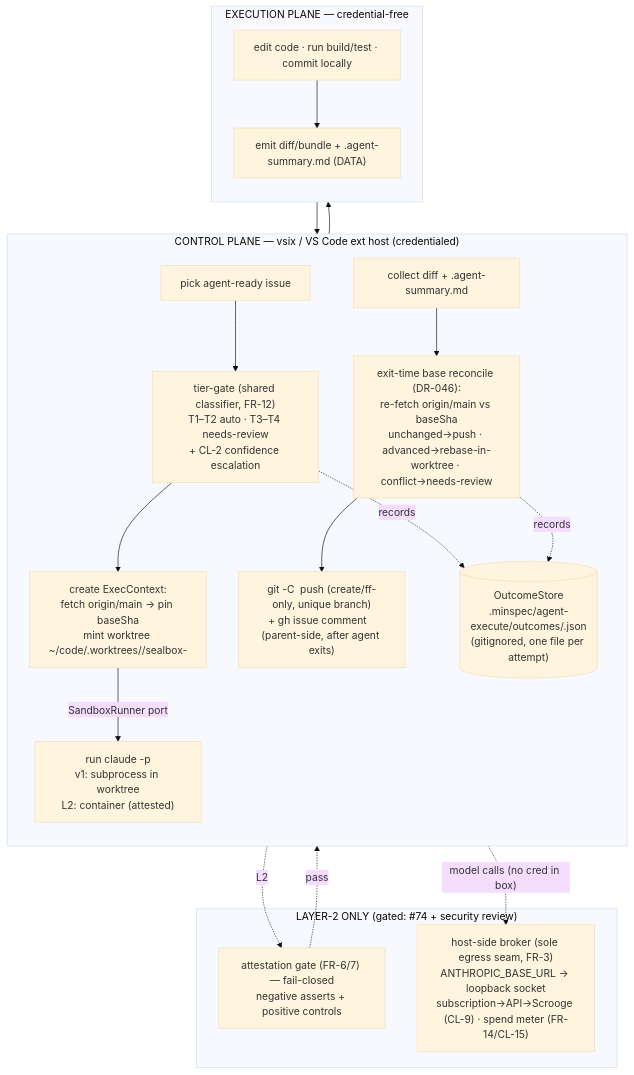
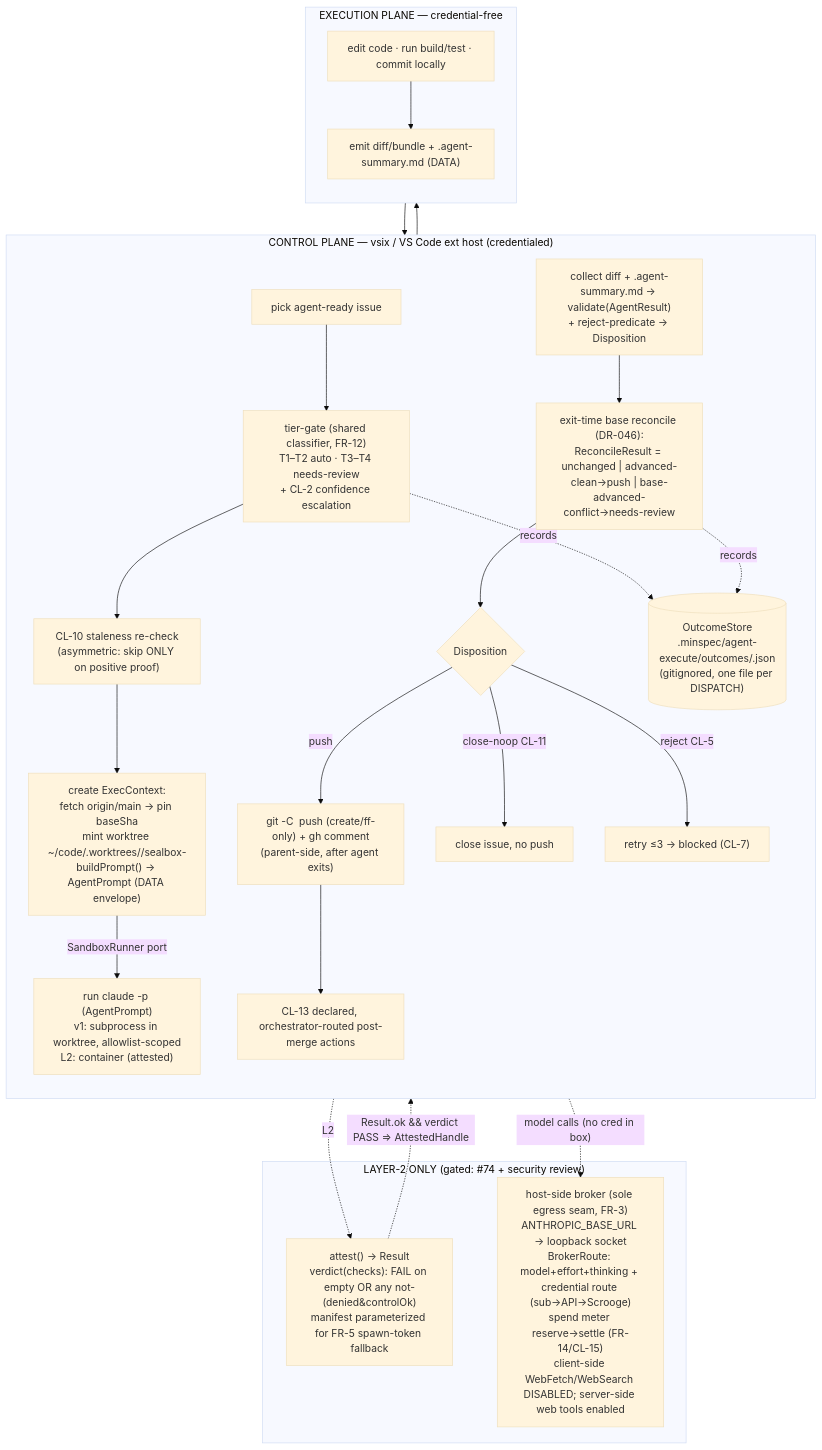
The diagram in specs/agent-execute/SPEC-019-execution-substrate/design.md (harvest316/minspec), drawn with Mermaid (base theme) before and after one commit. The commit also changed other lines of this file, not shown here.

First line of the commit message:
docs(SPEC-019): revise design.md per 3-lens adversarial AI review

````diff
--- a/specs/agent-execute/SPEC-019-execution-substrate/design.md
+++ b/specs/agent-execute/SPEC-019-execution-substrate/design.md
@@ -74,30 +84,35 @@
 ```mermaid
 flowchart TB
   subgraph CP["CONTROL PLANE — vsix / VS Code ext host (credentialed)"]
     direction TB
     PICK["pick agent-ready issue"] --> GATE["tier-gate (shared classifier, FR-12)\nT1–T2 auto · T3–T4 needs-review\n+ CL-2 confidence escalation"]
-    GATE --> CREATE["create ExecContext:\nfetch origin/main → pin baseSha\nmint worktree ~/code/.worktrees/<repo>/sealbox-<runId>"]
+    GATE --> STALE["CL-10 staleness re-check\n(asymmetric: skip ONLY on positive proof)"]
+    STALE --> CREATE["create ExecContext:\nfetch origin/main → pin baseSha\nmint worktree ~/code/.worktrees/<repo>/sealbox-<runId>\nbuildPrompt() → AgentPrompt (DATA envelope)"]
     CREATE -->|SandboxRunner port| RUN
-    DIFF["collect diff + .agent-summary.md"] --> RECON["exit-time base reconcile (DR-046):\nre-fetch origin/main vs baseSha\nunchanged→push · advanced→rebase-in-worktree · conflict→needs-review"]
-    RECON --> PUSH["git -C <worktree> push (create/ff-only, unique branch)\n+ gh issue comment   (parent-side, after agent exits)"]
-    OS[("OutcomeStore\n.minspec/agent-execute/outcomes/<runId>.json\n(gitignored, one file per attempt)")]
+    DIFF["collect diff + .agent-summary.md → validate(AgentResult)\n+ reject-predicate → Disposition"] --> RECON["exit-time base reconcile (DR-046):\nReconcileResult = unchanged | advanced-clean→push | base-advanced-conflict→needs-review"]
+    RECON --> DISP{"Disposition"}
+    DISP -->|push| PUSH["git -C <worktree> push (create/ff-only) + gh comment\n(parent-side, after agent exits)"]
+    DISP -->|close-noop CL-11| CLOSE["close issue, no push"]
+    DISP -->|reject CL-5| RETRY["retry ≤3 → blocked (CL-7)"]
+    PUSH --> SIDE["CL-13 declared, orchestrator-routed post-merge actions"]
+    OS[("OutcomeStore\n.minspec/agent-execute/outcomes/<runId>.json\n(gitignored, one file per DISPATCH)")]
   end
 
   subgraph EP["EXECUTION PLANE — credential-free"]
     direction TB
-    RUN["run claude -p\nv1: subprocess in worktree\nL2: container (attested)"]
+    RUN["run claude -p (AgentPrompt)\nv1: subprocess in worktree, allowlist-scoped\nL2: container (attested)"]
     RUN --> EDIT["edit code · run build/test · commit locally"]
     EDIT --> EMIT["emit diff/bundle + .agent-summary.md (DATA)"]
   end
 
   GATE -. records .-> OS
   RECON -. records .-> OS
   EMIT --> DIFF
 
   subgraph L2["LAYER-2 ONLY (gated: #74 + security review)"]
-    ATT["attestation gate (FR-6/7) — fail-closed\nnegative asserts + positive controls"]
-    BRK["host-side broker (sole egress seam, FR-3)\nANTHROPIC_BASE_URL → loopback socket\nsubscription→API→Scrooge (CL-9) · spend meter (FR-14/CL-15)"]
+    ATT["attest() → Result<AttestationVerdict>\nverdict(checks): FAIL on empty OR any not-(denied&controlOk)\nmanifest parameterized for FR-5 spawn-token fallback"]
+    BRK["host-side broker (sole egress seam, FR-3)\nANTHROPIC_BASE_URL → loopback socket\nBrokerRoute: model+effort+thinking + credential route (sub→API→Scrooge)\nspend meter reserve→settle (FR-14/CL-15)\nclient-side WebFetch/WebSearch DISABLED; server-side web tools enabled"]
   end
-  CREATE -. L2 .-> ATT -. pass .-> RUN
+  CREATE -. L2 .-> ATT -. "Result.ok && verdict PASS ⇒ AttestedHandle" .-> RUN
   RUN -. "model calls (no cred in box)" .-> BRK
 ```
````
